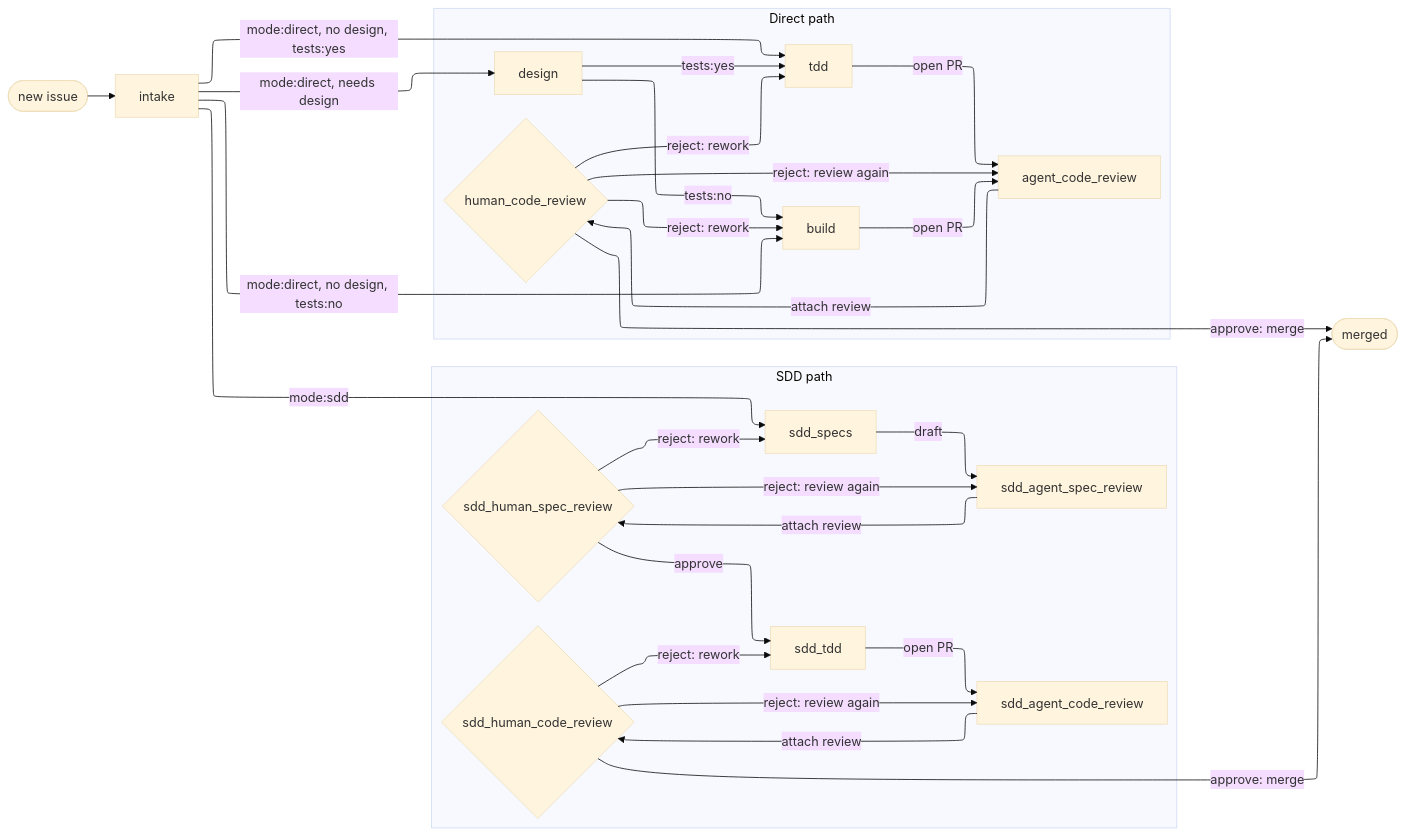
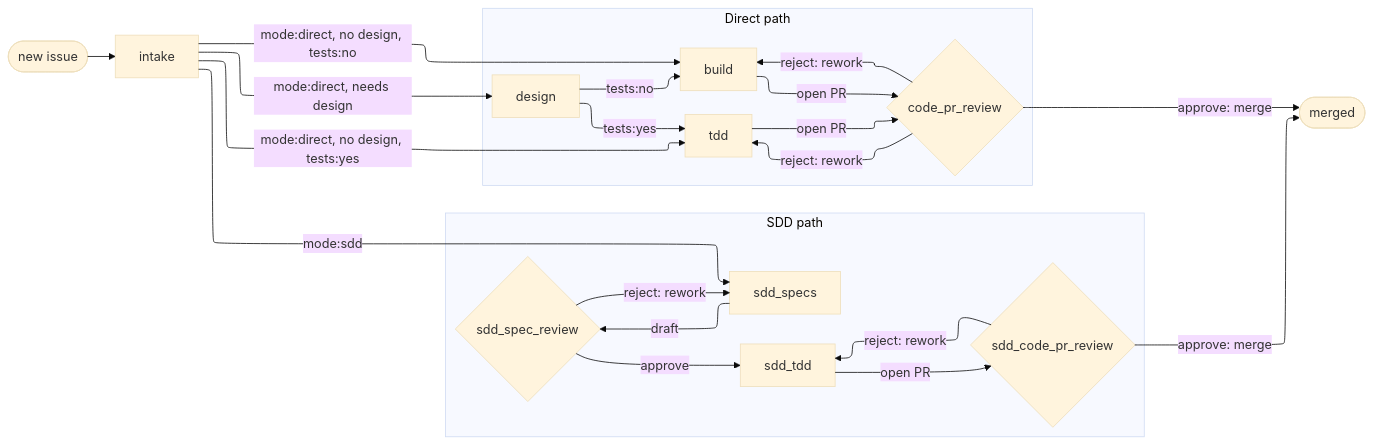
Before and after one commit to GeoffNordling/dev-playbook: the diagram in workflow/workflow.md, drawn with Mermaid (base theme). The commit also changed other lines of this file and 15 other files, not shown here.

````diff
--- a/workflow/workflow.md
+++ b/workflow/workflow.md
@@ -38,35 +37,29 @@
 ```mermaid
 %%{init: {'flowchart': {'defaultRenderer': 'elk'}}}%%
 flowchart LR
     new([new issue]) --> intake[intake]
     intake -->|mode:sdd| sdd_specs[sdd_specs]
     intake -->|mode:direct, needs design| design[design]
     intake -->|mode:direct, no design, tests:yes| tdd[tdd]
     intake -->|mode:direct, no design, tests:no| build[build]
 
     subgraph sdd[SDD path]
-        sdd_specs -->|draft| sdd_agent_spec_review[sdd_agent_spec_review]
-        sdd_agent_spec_review -->|attach review| sdd_human_spec_review{sdd_human_spec_review}
-        sdd_human_spec_review -->|reject: review again| sdd_agent_spec_review
-        sdd_human_spec_review -->|reject: rework| sdd_specs
-        sdd_human_spec_review -->|approve| sdd_tdd[sdd_tdd]
-        sdd_tdd -->|open PR| sdd_agent_code_review[sdd_agent_code_review]
-        sdd_agent_code_review -->|attach review| sdd_human_code_review{sdd_human_code_review}
-        sdd_human_code_review -->|reject: review again| sdd_agent_code_review
-        sdd_human_code_review -->|reject: rework| sdd_tdd
+        sdd_specs -->|draft| sdd_spec_review{sdd_spec_review}
+        sdd_spec_review -->|reject: rework| sdd_specs
+        sdd_spec_review -->|approve| sdd_tdd[sdd_tdd]
+        sdd_tdd -->|open PR| sdd_code_pr_review{sdd_code_pr_review}
+        sdd_code_pr_review -->|reject: rework| sdd_tdd
     end
 
     subgraph direct[Direct path]
         design -->|tests:yes| tdd
         design -->|tests:no| build
-        tdd -->|open PR| agent_code_review[agent_code_review]
-        build -->|open PR| agent_code_review
-        agent_code_review -->|attach review| human_code_review{human_code_review}
-        human_code_review -->|reject: review again| agent_code_review
-        human_code_review -->|reject: rework| tdd
-        human_code_review -->|reject: rework| build
+        tdd -->|open PR| code_pr_review{code_pr_review}
+        build -->|open PR| code_pr_review
+        code_pr_review -->|reject: rework| tdd
+        code_pr_review -->|reject: rework| build
     end
 
-    sdd_human_code_review -->|approve: merge| done([merged])
-    human_code_review -->|approve: merge| done
+    sdd_code_pr_review -->|approve: merge| done([merged])
+    code_pr_review -->|approve: merge| done
 ```
````
